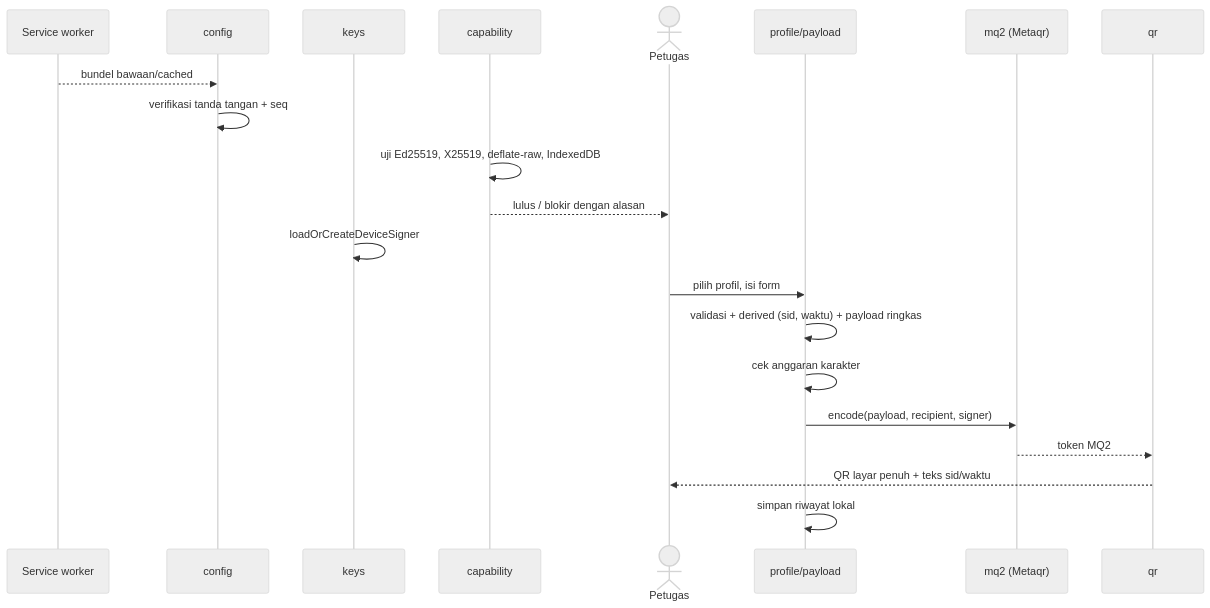
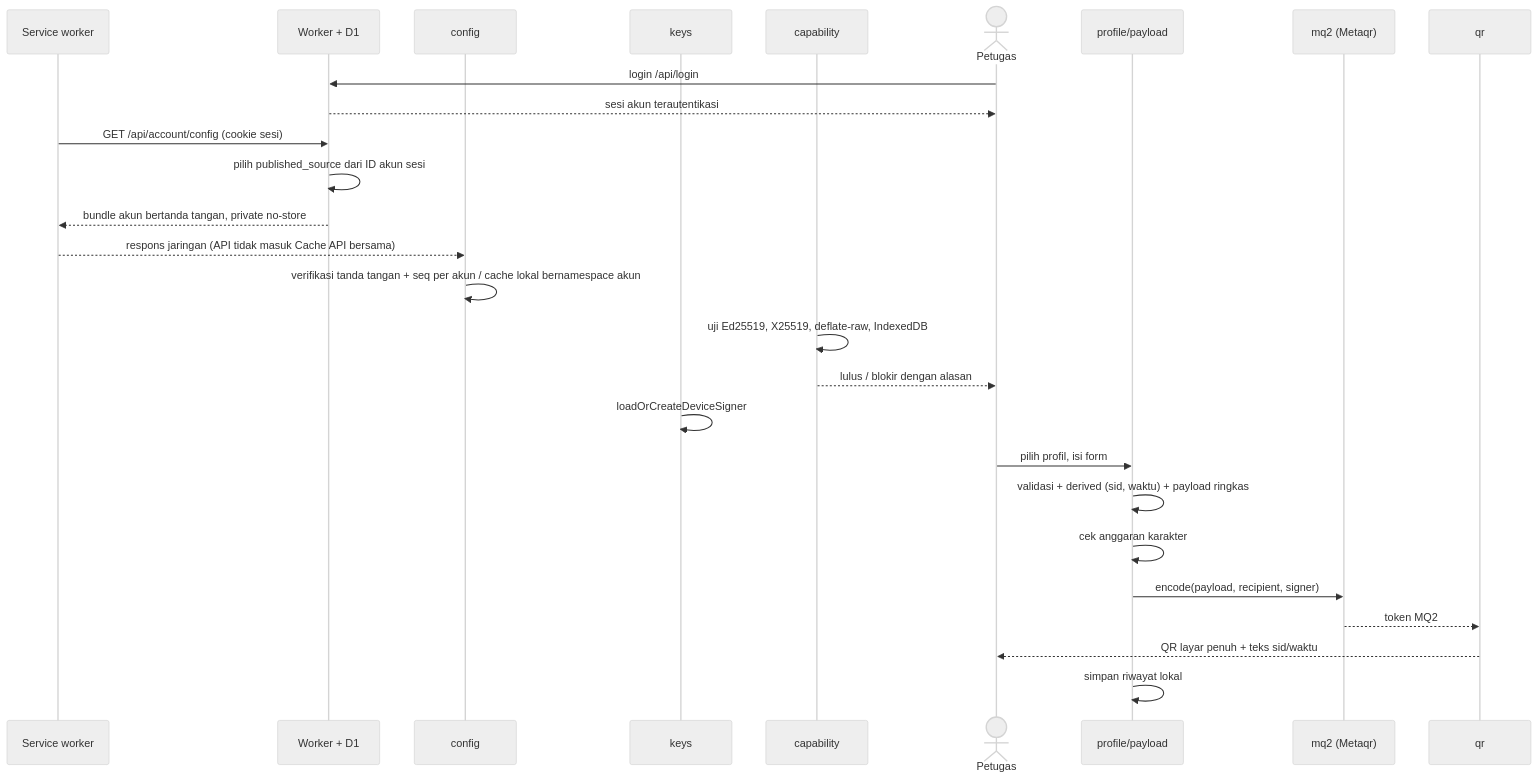
One commit to progstay17/AITQR changed the diagram in ARCHITECTURE.md. Above: the diagram before and after it, drawn with Mermaid (neutral theme). The commit also changed other lines of this file and 8 other files, not shown here.

Commit message:
Scope admin form configuration per account

````diff
--- a/ARCHITECTURE.md
+++ b/ARCHITECTURE.md
@@ -75,23 +86,29 @@
 ```mermaid
 sequenceDiagram
   participant SW as Service worker
+  participant W as Worker + D1
   participant C as config
   participant K as keys
   participant CAP as capability
   actor Op as Petugas
   participant P as profile/payload
   participant M as mq2 (Metaqr)
   participant Q as qr
-  SW-->>C: bundel bawaan/cached
-  C->>C: verifikasi tanda tangan + seq
+  Op->>W: login /api/login
+  W-->>Op: sesi akun terautentikasi
+  SW->>W: GET /api/account/config (cookie sesi)
+  W->>W: pilih published_source dari ID akun sesi
+  W-->>SW: bundle akun bertanda tangan, private no-store
+  SW-->>C: respons jaringan (API tidak masuk Cache API bersama)
+  C->>C: verifikasi tanda tangan + seq per akun / cache lokal bernamespace akun
   CAP->>CAP: uji Ed25519, X25519, deflate-raw, IndexedDB
   CAP-->>Op: lulus / blokir dengan alasan
   K->>K: loadOrCreateDeviceSigner
   Op->>P: pilih profil, isi form
   P->>P: validasi + derived (sid, waktu) + payload ringkas
   P->>P: cek anggaran karakter
   P->>M: encode(payload, recipient, signer)
   M-->>Q: token MQ2
   Q-->>Op: QR layar penuh + teks sid/waktu
   P->>P: simpan riwayat lokal
 ```
````
